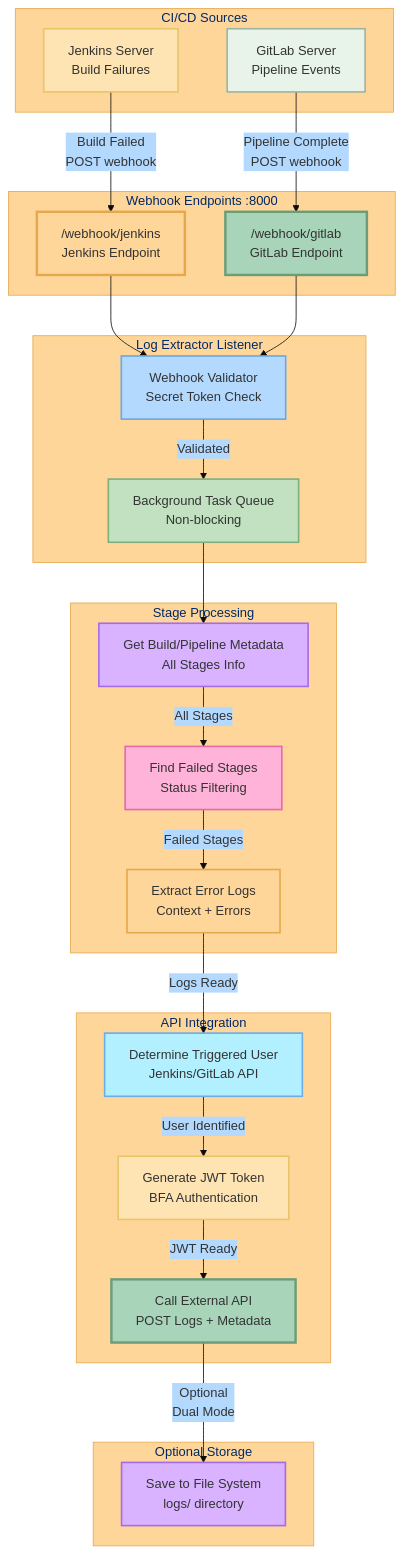
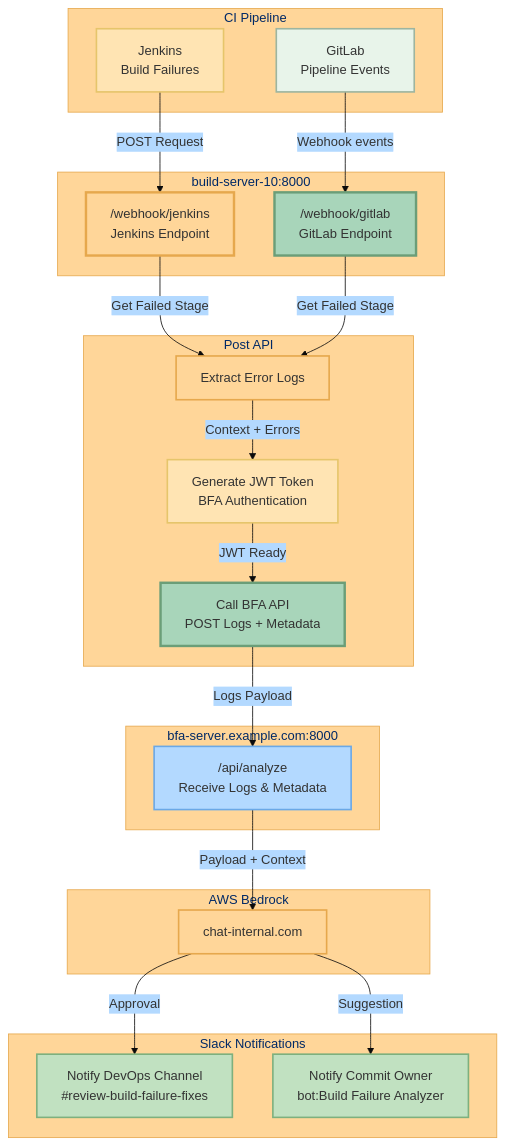
Before and after one commit to vigneshpalanivelr/extract-build-logs: the first of 7 diagrams in DOCUMENTATION.md, drawn with Mermaid. The commit also changed other lines of this file and 29 other files, not shown here.

````diff
--- a/DOCUMENTATION.md
+++ b/DOCUMENTATION.md
@@ -14,61 +8,55 @@
 ```mermaid
 %%{init: {'theme':'base', 'themeVariables': { 'primaryColor':'#a8d5ba','secondaryColor':'#b3d9ff','tertiaryColor':'#ffd699','primaryBorderColor':'#6b9e78','secondaryBorderColor':'#6ba8e6','tertiaryBorderColor':'#e6a84d'}}}%%
 flowchart TD
-    subgraph Sources["CI/CD Sources"]
-        JK[Jenkins Server<br/>Build Failures]
-        GL[GitLab Server<br/>Pipeline Events]
+    subgraph Sources["CI Pipeline"]
+        JK[Jenkins <br/>Build Failures]
+        GL[GitLab <br/>Pipeline Events]
     end
 
-    subgraph Endpoints["Webhook Endpoints :8000"]
+    subgraph Endpoints["build-server-10:8000"]
         JE["/webhook/jenkins<br/>Jenkins Endpoint"]
         GE["/webhook/gitlab<br/>GitLab Endpoint"]
     end
 
-    subgraph Listener["Log Extractor Listener"]
-        WH[Webhook Validator<br/>Secret Token Check]
-        BG[Background Task Queue<br/>Non-blocking]
+    subgraph PostAPI["Post API"]
+        EXTRACT[Extract Error Logs]
+        TOKEN[Generate JWT Token<br/>BFA Authentication]
+        POST[Call BFA API<br/>POST Logs + Metadata]
     end
 
-    subgraph Processing["Stage Processing"]
-        META[Get Build/Pipeline Metadata<br/>All Stages Info]
-        FILTER[Find Failed Stages<br/>Status Filtering]
-        EXTRACT[Extract Error Logs<br/>Context + Errors]
+    subgraph Receiver["bfa-server.example.com:8000"]
+        LOG_RECEIVER["/api/analyze<br/>Receive Logs & Metadata"]
     end
 
-    subgraph APIPost["API Integration"]
-        USER[Determine Triggered User<br/>Jenkins/GitLab API]
-        TOKEN[Generate JWT Token<br/>BFA Authentication]
-        POST[Call External API<br/>POST Logs + Metadata]
+    subgraph Bedrock["AWS Bedrock"]
+        LLM[chat-internal.com]
     end
 
-    subgraph Storage["Optional Storage"]
-        SAVE[Save to File System<br/>logs/ directory]
+    subgraph Notify["Slack Notifications"]
+        DEVOPS[Notify DevOps Channel<br/>#review-build-failure-fixes]
+        OWNER[Notify Commit Owner<br/>bot:Build Failure Analyzer]
     end
 
-    JK -->|Build Failed<br/>POST webhook| JE
-    GL -->|Pipeline Complete<br/>POST webhook| GE
-    JE --> WH
-    GE --> WH
-    WH -->|Validated| BG
-    BG --> META
-    META -->|All Stages| FILTER
-    FILTER -->|Failed Stages| EXTRACT
-    EXTRACT -->|Logs Ready| USER
-    USER -->|User Identified| TOKEN
+    JK -->|POST Request| JE
+    GL -->|Webhook events| GE
+    JE -->|Get Failed Stage| EXTRACT
+    GE -->|Get Failed Stage| EXTRACT
+    EXTRACT -->|Context + Errors| TOKEN
     TOKEN -->|JWT Ready| POST
-    POST -->|Optional<br/>Dual Mode| SAVE
+    POST -->|Logs Payload| LOG_RECEIVER
+    LOG_RECEIVER -->|Payload + Context| LLM
+    LLM -->|Approval| DEVOPS
+    LLM -->|Suggestion| OWNER
 
     style JK fill:#ffe4b3,stroke:#e6c56b,stroke-width:2px
     style GL fill:#e8f4ea,stroke:#9db5a0,stroke-width:2px
     style JE fill:#ffd699,stroke:#e6a84d,stroke-width:3px
     style GE fill:#a8d5ba,stroke:#6b9e78,stroke-width:3px
-    style WH fill:#b3d9ff,stroke:#6ba8e6,stroke-width:2px
-    style BG fill:#c1e1c1,stroke:#7eb07e,stroke-width:2px
-    style META fill:#d9b3ff,stroke:#a86be6,stroke-width:2px
-    style FILTER fill:#ffb3d9,stroke:#e66ba8,stroke-width:2px
     style EXTRACT fill:#ffd699,stroke:#e6a84d,stroke-width:2px
-    style USER fill:#b3f0ff,stroke:#6baee6,stroke-width:2px
     style TOKEN fill:#ffe4b3,stroke:#e6c56b,stroke-width:2px
     style POST fill:#a8d5ba,stroke:#6b9e78,stroke-width:3px
-    style SAVE fill:#d9b3ff,stroke:#a86be6,stroke-width:2px
+    style LOG_RECEIVER fill:#b3d9ff,stroke:#6ba8e6,stroke-width:2px
+    style LLM fill:#ffd699,stroke:#e6a84d,stroke-width:2px
+    style DEVOPS fill:#c1e1c1,stroke:#7eb07e,stroke-width:2px
+    style OWNER fill:#c1e1c1,stroke:#7eb07e,stroke-width:2px
 ```
````
